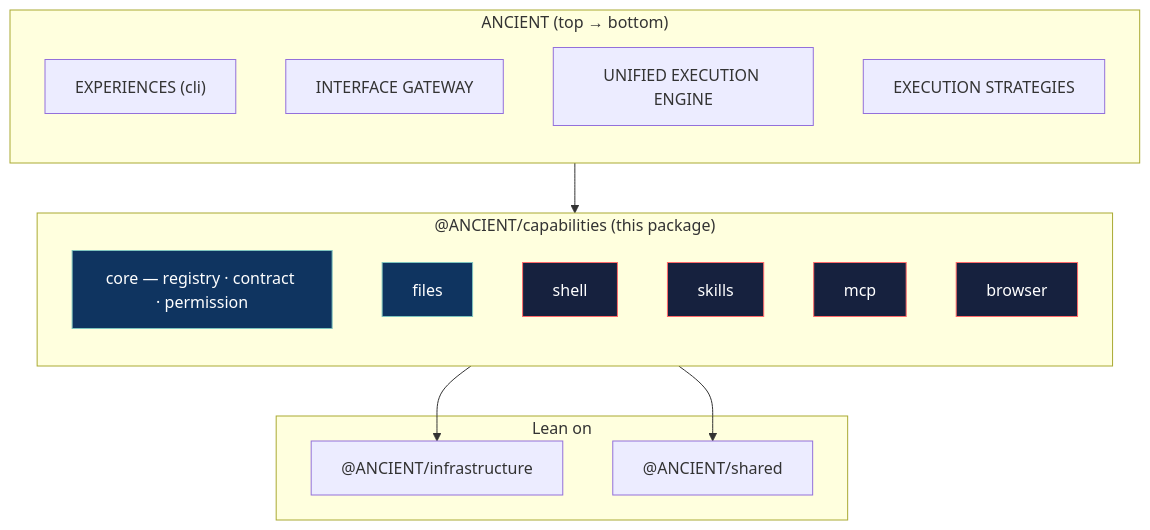
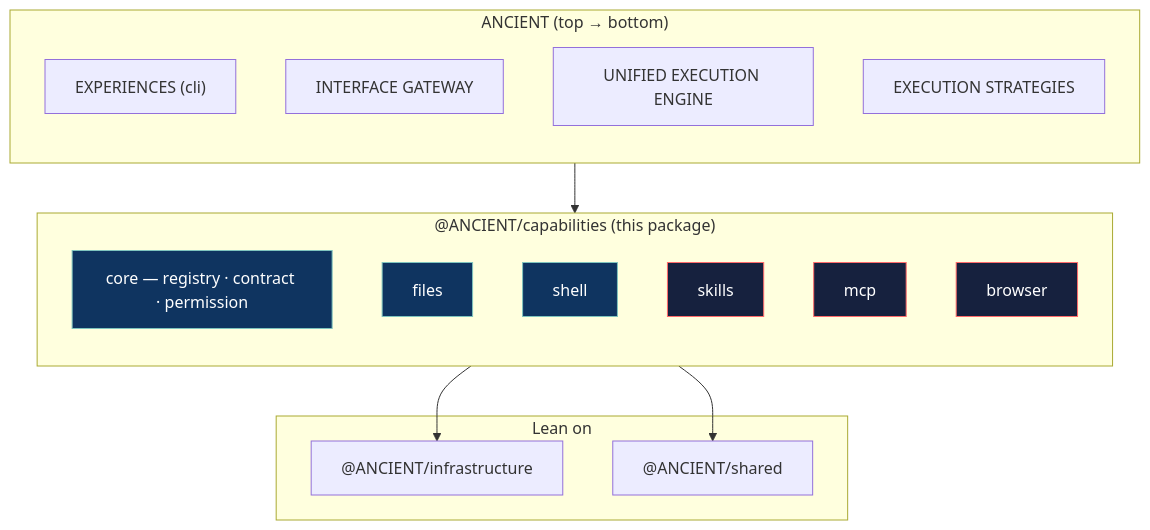
One commit to D-engahmed/ancient changed the first of 2 diagrams in packages/capabilities/README.md. Above: the diagram before and after it, drawn with Mermaid. The commit also changed other lines of this file and 1 other file, not shown here.

First line of the commit message:
docs(capabilities): mark shell sub-layer done (README + CAPABILITIES.md)

````diff
--- a/packages/capabilities/README.md
+++ b/packages/capabilities/README.md
@@ -7,36 +7,36 @@
 ```mermaid
 flowchart TB
     subgraph LAYERS["ANCIENT (top → bottom)"]
         direction TB
         EXP["EXPERIENCES (cli)"]
         GW["INTERFACE GATEWAY"]
         ENG["UNIFIED EXECUTION ENGINE"]
         STRAT["EXECUTION STRATEGIES"]
     end
 
     subgraph CAP["@ANCIENT/capabilities (this package)"]
         direction TB
         CORE["core — registry · contract · permission"]
         FILES["files"]
         SHELL["shell"]
         SKILLS["skills"]
         MCP["mcp"]
         BROWSER["browser"]
     end
 
     subgraph LOWER["Lean on"]
         INFRA["@ANCIENT/infrastructure"]
         SHARED["@ANCIENT/shared"]
     end
 
     LAYERS --> CAP
     CAP --> INFRA
     CAP --> SHARED
 
     style CORE fill:#0f3460,stroke:#7FC4BE,color:#fff
     style FILES fill:#0f3460,stroke:#7FC4BE,color:#fff
-    style SHELL fill:#16213e,stroke:#ff6b6b,color:#fff
+    style SHELL fill:#0f3460,stroke:#7FC4BE,color:#fff
     style SKILLS fill:#16213e,stroke:#ff6b6b,color:#fff
     style MCP fill:#16213e,stroke:#ff6b6b,color:#fff
     style BROWSER fill:#16213e,stroke:#ff6b6b,color:#fff
 ```
````
